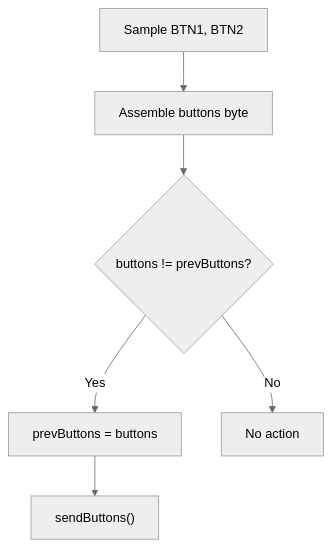
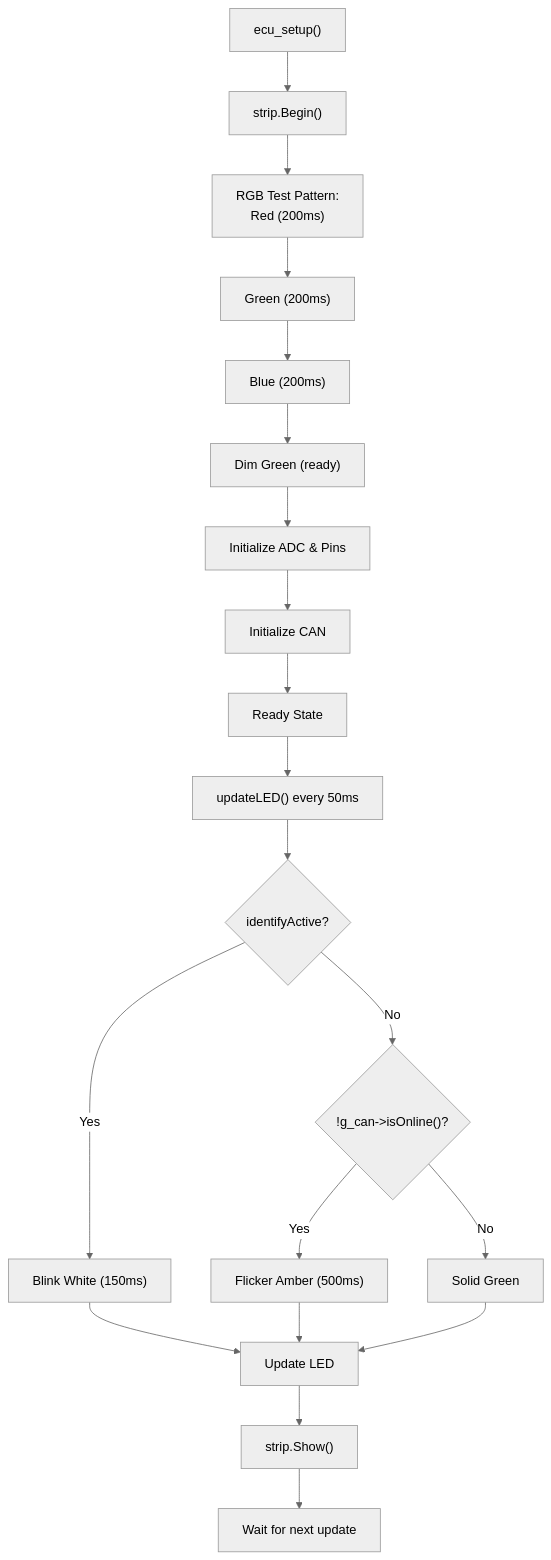
The fifth of 9 diagrams in .qoder/repowiki/en/content/ECU Implementations/Joystick ECU/Joystick ECU.md (gunicsba/ESP_CAN_ECU_joystick_collection), drawn with Mermaid (neutral theme) before and after one commit. The commit also changed other lines of this file and 15 other files, not shown here.

````diff
--- a/.qoder/repowiki/en/content/ECU Implementations/Joystick ECU/Joystick ECU.md
+++ b/.qoder/repowiki/en/content/ECU Implementations/Joystick ECU/Joystick ECU.md
@@ -147,8 +197,22 @@
 ```mermaid
 flowchart TD
-A["Sample BTN1, BTN2"] --> B["Assemble buttons byte"]
-B --> C{"buttons != prevButtons?"}
-C --> |Yes| D["prevButtons = buttons"]
-D --> E["sendButtons()"]
-C --> |No| F["No action"]
+A["ecu_setup()"] --> B["strip.Begin()"]
+B --> C["RGB Test Pattern:<br/>Red (200ms)"]
+C --> D["Green (200ms)"]
+D --> E["Blue (200ms)"]
+E --> F["Dim Green (ready)"]
+F --> G["Initialize ADC & Pins"]
+G --> H["Initialize CAN"]
+H --> I["Ready State"]
+I --> J["updateLED() every 50ms"]
+J --> K{"identifyActive?"}
+K --> |Yes| L["Blink White (150ms)"]
+K --> |No| M{"!g_can->isOnline()?"}
+L --> N["Update LED"]
+M --> |Yes| O["Flicker Amber (500ms)"]
+M --> |No| P["Solid Green"]
+O --> N
+P --> N
+N --> Q["strip.Show()"]
+Q --> R["Wait for next update"]
 ```
````
